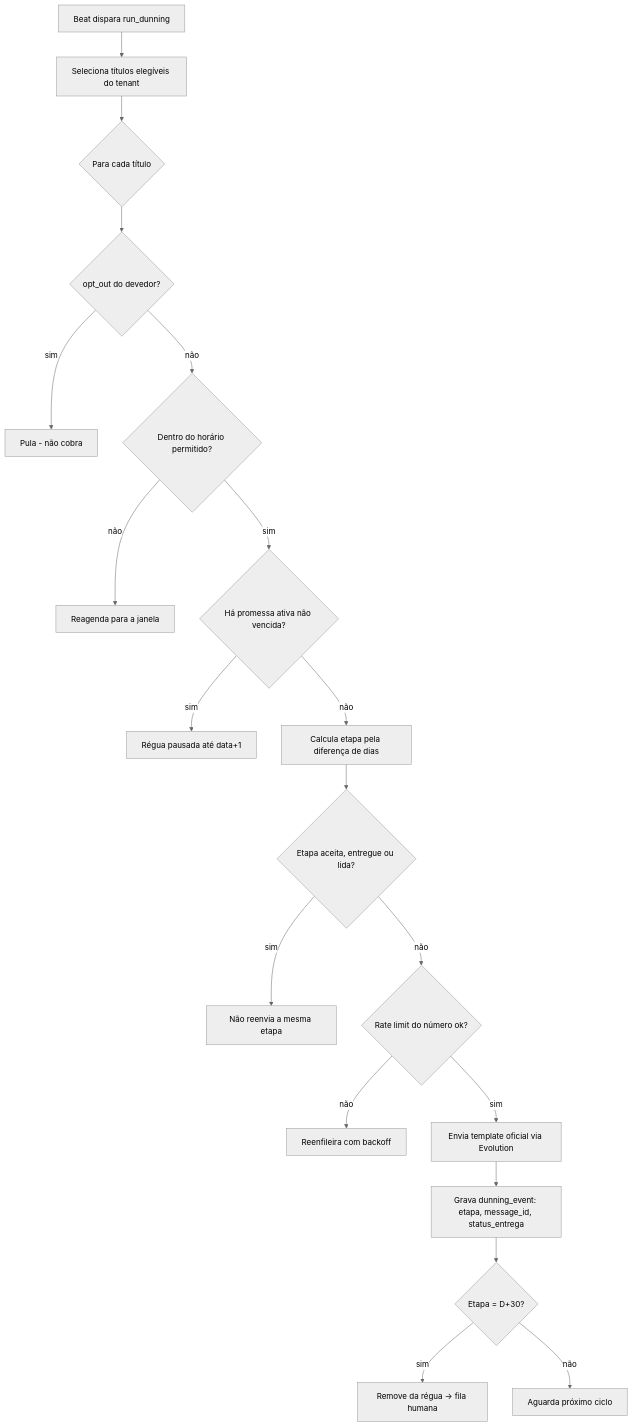
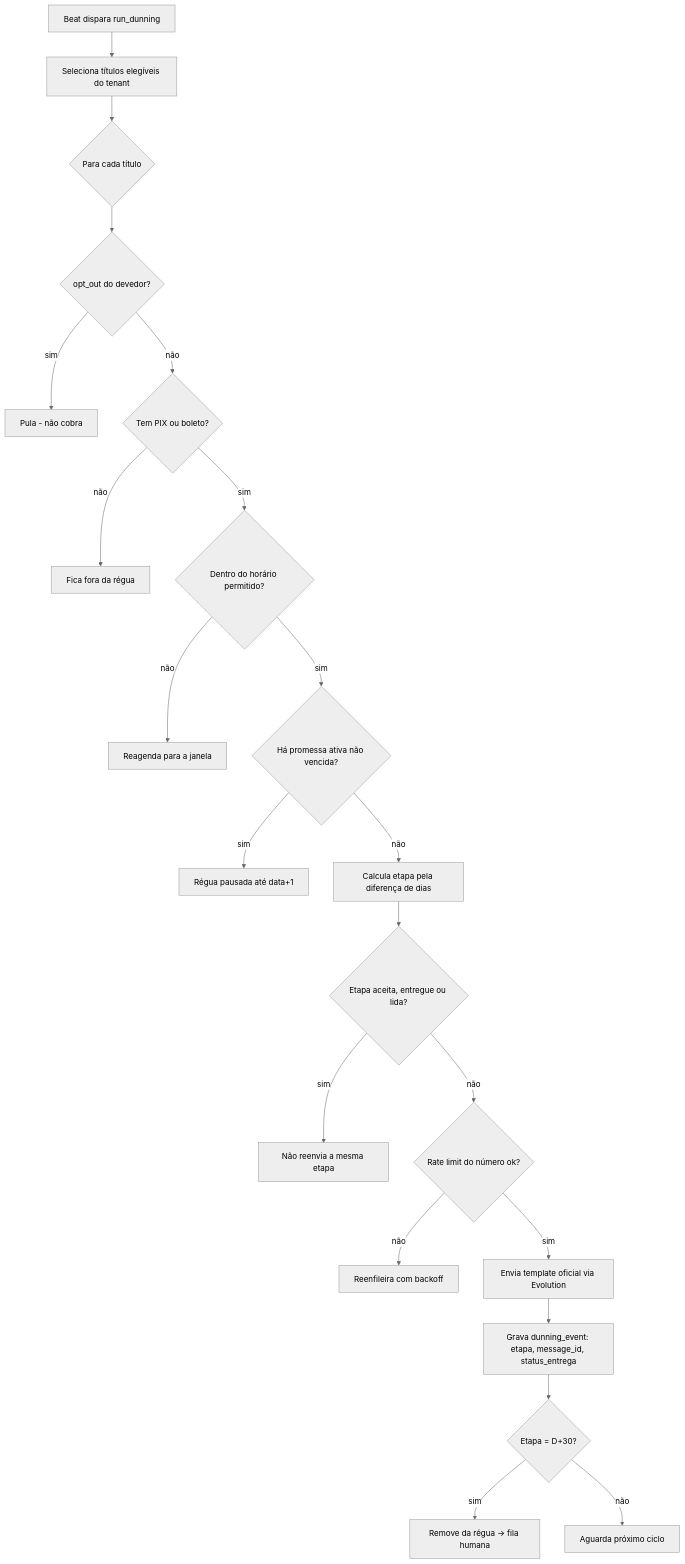
One commit to faelsou/settlr changed the fourth of 13 diagrams in FLUXOS.md. Above: the diagram before and after it, drawn with Mermaid (neutral theme). The commit also changed other lines of this file and 16 other files, not shown here.

Commit message:
Título sem PIX ou boleto fica fora da régua até o código chegar.

````diff
--- a/FLUXOS.md
+++ b/FLUXOS.md
@@ -164,21 +164,23 @@
 ```mermaid
 flowchart TD
     A[Beat dispara run_dunning] --> B[Seleciona títulos elegíveis do tenant]
     B --> C{Para cada título}
     C --> D{opt_out do devedor?}
     D -->|sim| SKIP[Pula - não cobra]
-    D -->|não| E{Dentro do horário permitido?}
+    D -->|não| CODE{Tem PIX ou boleto?}
+    CODE -->|não| SEM[Fica fora da régua]
+    CODE -->|sim| E{Dentro do horário permitido?}
     E -->|não| WAIT[Reagenda para a janela]
     E -->|sim| F{Há promessa ativa não vencida?}
     F -->|sim| PAUSE[Régua pausada até data+1]
     F -->|não| G[Calcula etapa pela diferença de dias]
     G --> H{Etapa aceita, entregue ou lida?}
     H -->|sim| SKIP2[Não reenvia a mesma etapa]
     H -->|não| I{Rate limit do número ok?}
     I -->|não| RL[Reenfileira com backoff]
     I -->|sim| J[Envia template oficial via Evolution]
     J --> K[Grava dunning_event: etapa, message_id, status_entrega]
     K --> L{Etapa = D+30?}
     L -->|sim| M[Remove da régua -> fila humana]
     L -->|não| N[Aguarda próximo ciclo]
 ```
````
